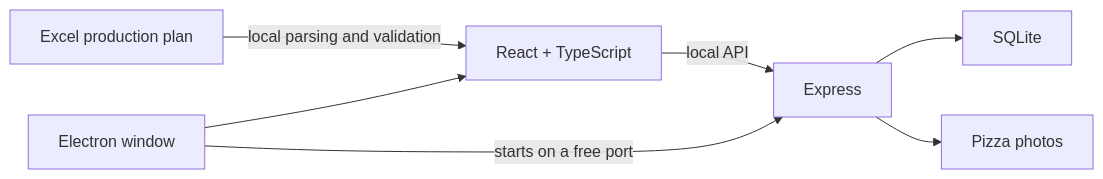
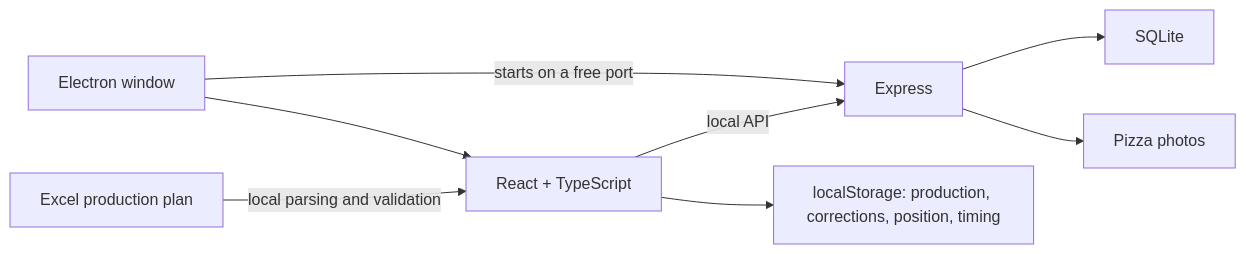
Before and after one commit to JulienEsbt/bruno-pizza-production: the diagram in README.md, drawn with Mermaid. The commit also changed other lines of this file and 12 other files, not shown here.

Commit message:
docs(v2): document behavior, architecture and acceptance checklist

````diff
--- a/README.md
+++ b/README.md
@@ -82,9 +107,10 @@
 ```mermaid
 flowchart LR
     Excel["Excel production plan"] -->|"local parsing and validation"| UI["React + TypeScript"]
     UI -->|"local API"| API["Express"]
+    UI --> Session["localStorage: production, corrections, position, timing"]
     API --> DB["SQLite"]
     API --> Images["Pizza photos"]
     Electron["Electron window"] --> UI
     Electron -->|"starts on a free port"| API
 ```
````
